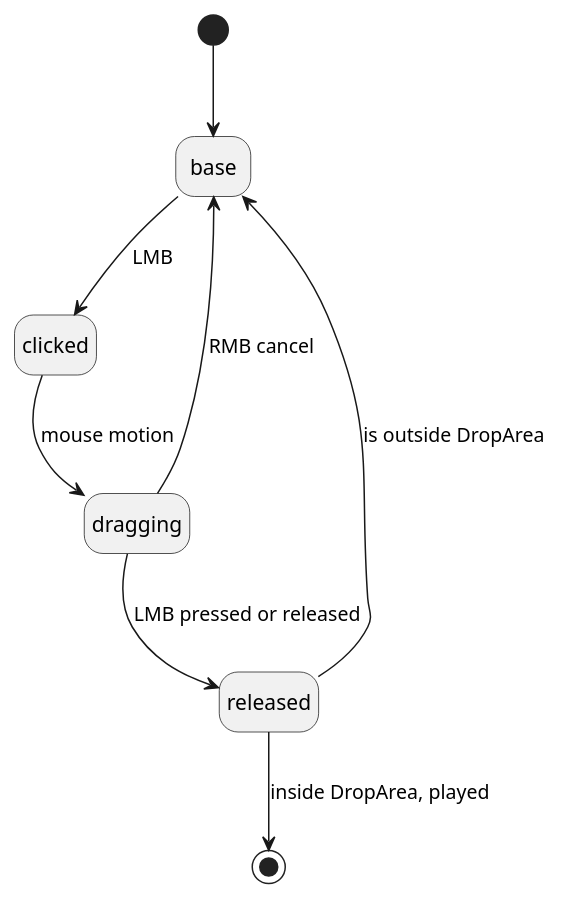
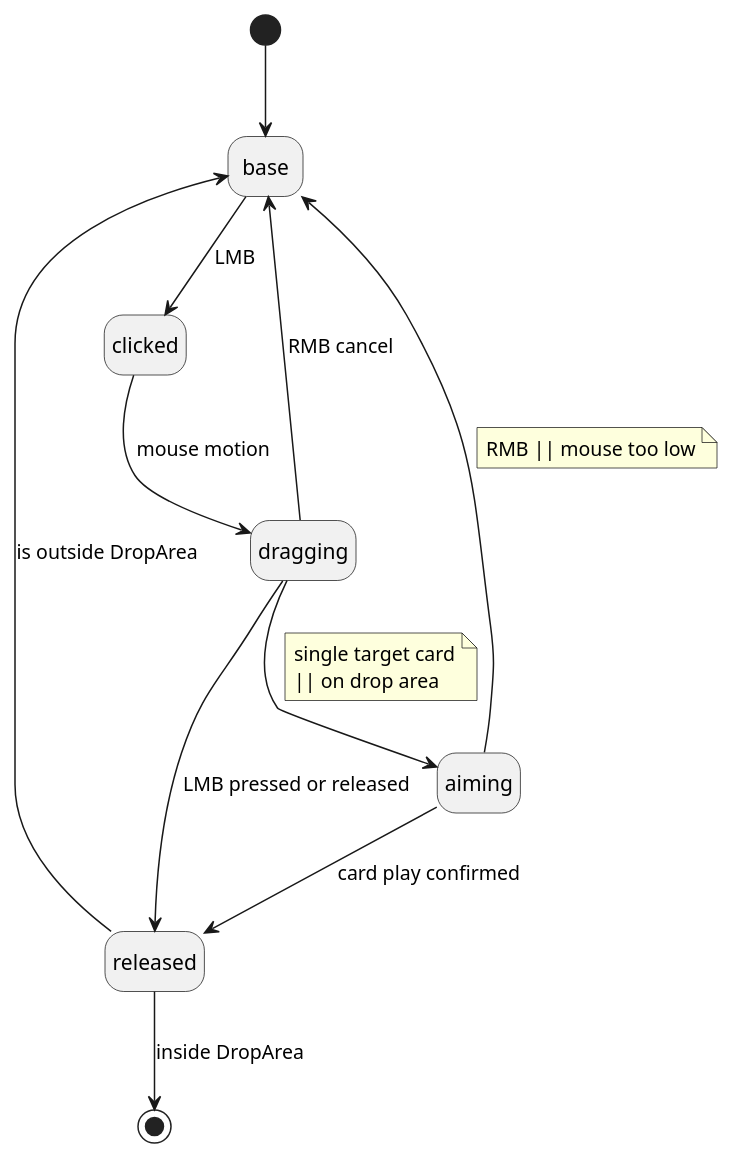
The diagram in src/Game/diagrams/drag-state.puml (SnekTech/card-game-v1), drawn with PlantUML before and after one commit. The commit also changed 9 other files, not shown here.

Commit message:
add card aiming state

```diff
--- a/src/Game/diagrams/drag-state.puml
+++ b/src/Game/diagrams/drag-state.puml
@@ -1,26 +1,40 @@
 @startuml
 'https://plantuml.com/state-diagram
 
 hide empty description
 
 state base
 state clicked
 state dragging
 state released
+state aiming
 
 
 [*] --> base
 
 base --> clicked : LMB
 
 clicked --> dragging : mouse motion
 
 dragging --> released : LMB pressed or released
 
 dragging --> base : RMB cancel
 
 released --> base : is outside DropArea
 
-released --> [*] : inside DropArea, played
+released --> [*] : inside DropArea
+
+dragging --> aiming
+note on link
+single target card
+|| on drop area
+end note
+
+aiming --> released : card play confirmed
+
+aiming --> base
+note on link
+RMB || mouse too low
+end note
 
 @enduml
```
